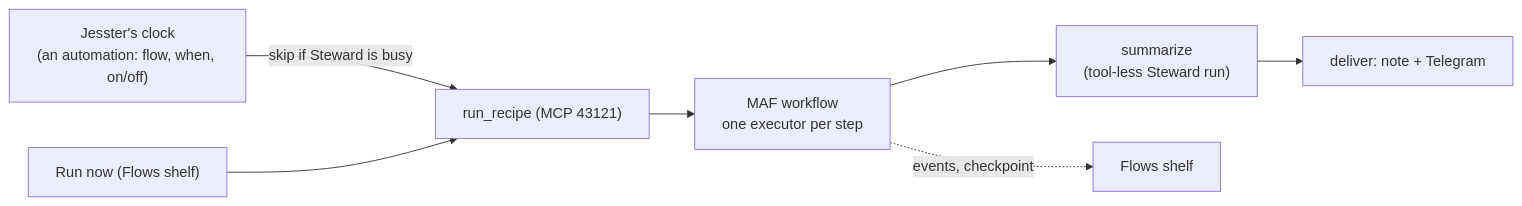
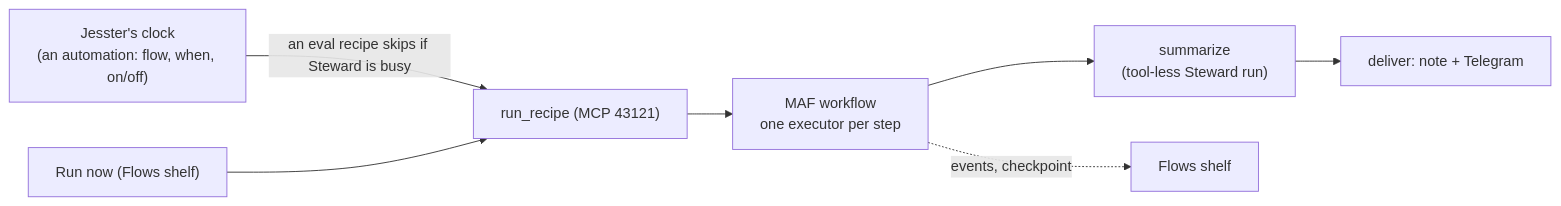
The third of 3 diagrams in docs/ARCHITECTURE.md (thebrotherscarr-bit/Steward), drawn with Mermaid before and after one commit. The commit also changed other lines of this file and 13 other files, not shown here.

First line of the commit message:
Docs checked against MAF and the code: busy-skip, evaluators, the improve exception, the door, the card rule, #86, supersessions and MAF's ADR format marked

````diff
--- a/docs/ARCHITECTURE.md
+++ b/docs/ARCHITECTURE.md
@@ -151,9 +151,9 @@
 ```mermaid
 flowchart LR
-    C["Jesster's clock<br/>(an automation: flow, when, on/off)"] -->|skip if Steward is busy| R["run_recipe (MCP 43121)"]
+    C["Jesster's clock<br/>(an automation: flow, when, on/off)"] -->|an eval recipe skips if Steward is busy| R["run_recipe (MCP 43121)"]
     N["Run now (Flows shelf)"] --> R
     R --> W["MAF workflow<br/>one executor per step"]
     W --> Sm["summarize<br/>(tool-less Steward run)"]
     Sm --> D["deliver: note + Telegram"]
     W -.->|events, checkpoint| F["Flows shelf"]
 ```
````
